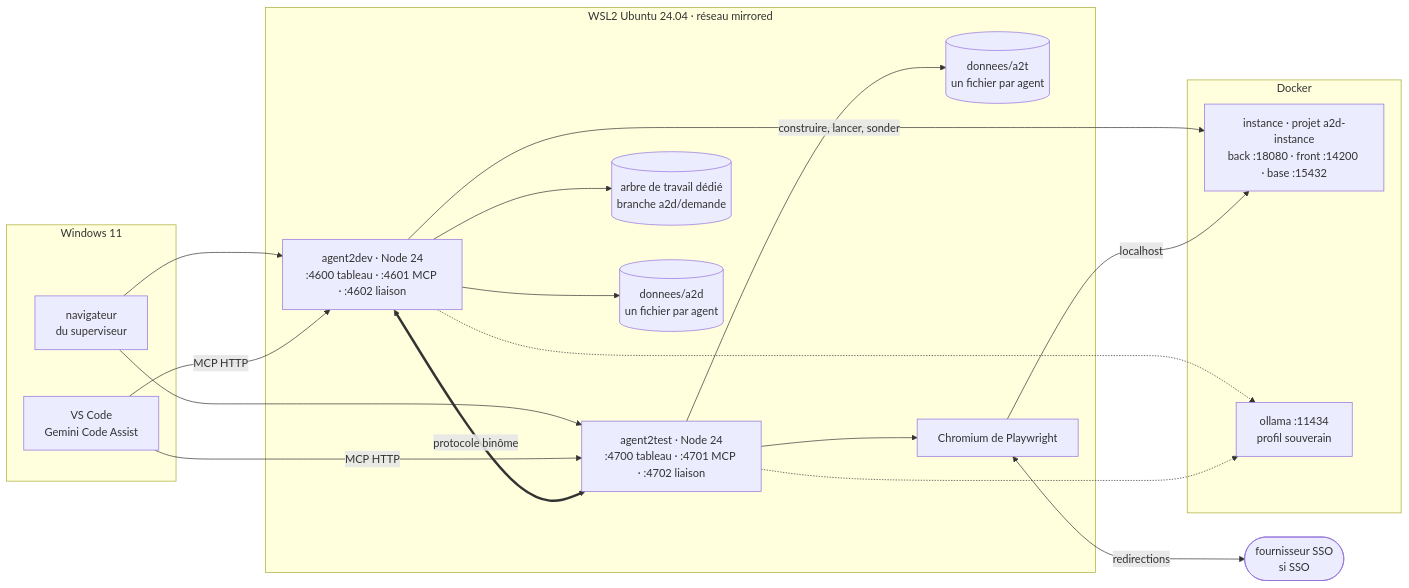
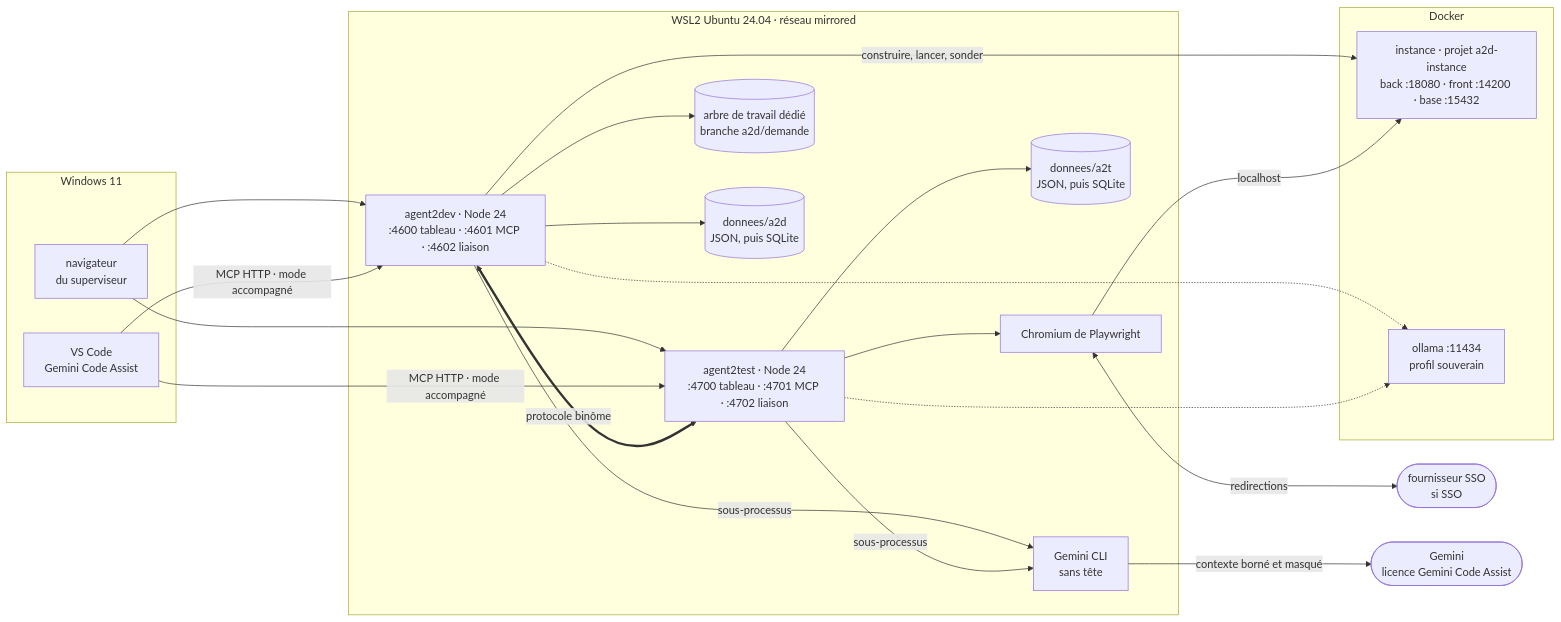
The sixth of 6 diagrams in 01-architectureBinome.md (FredGarcia/Agent2Dev), drawn with Mermaid before and after one commit. The commit also changed other lines of this file and 4 other files, not shown here.

````diff
--- a/01-architectureBinome.md
+++ b/01-architectureBinome.md
@@ -741,34 +744,39 @@
 ```mermaid
 flowchart LR
   IDP(["fournisseur SSO<br/>si SSO"])
+  GCP(["Gemini<br/>licence Gemini Code Assist"])
   subgraph WIN["Windows 11"]
     VSC["VS Code<br/>Gemini Code Assist"]
     NAV["navigateur<br/>du superviseur"]
   end
   subgraph WSL["WSL2 Ubuntu 24.04 · réseau mirrored"]
     A2D["agent2dev · Node 24<br/>:4600 tableau · :4601 MCP · :4602 liaison"]
     A2T["agent2test · Node 24<br/>:4700 tableau · :4701 MCP · :4702 liaison"]
+    CLI["Gemini CLI<br/>sans tête"]
     WT[("arbre de travail dédié<br/>branche a2d/demande")]
-    DDEV[("donnees/a2d<br/>un fichier par agent")]
-    DTST[("donnees/a2t<br/>un fichier par agent")]
+    DDEV[("donnees/a2d<br/>JSON, puis SQLite")]
+    DTST[("donnees/a2t<br/>JSON, puis SQLite")]
     CHR["Chromium de Playwright"]
   end
   subgraph DOCK["Docker"]
     INST["instance · projet a2d-instance<br/>back :18080 · front :14200 · base :15432"]
     OLL["ollama :11434<br/>profil souverain"]
   end
   NAV --> A2D
   NAV --> A2T
-  VSC -->|"MCP HTTP"| A2D
-  VSC -->|"MCP HTTP"| A2T
+  VSC -->|"MCP HTTP · mode accompagné"| A2D
+  VSC -->|"MCP HTTP · mode accompagné"| A2T
   A2D <==>|"protocole binôme"| A2T
+  A2D -->|"sous-processus"| CLI
+  A2T -->|"sous-processus"| CLI
+  CLI -->|"contexte borné et masqué"| GCP
   A2D --> WT
   A2D --> DDEV
   A2T --> DTST
   A2D -->|"construire, lancer, sonder"| INST
   A2T --> CHR
   CHR -->|"localhost"| INST
   CHR <-->|"redirections"| IDP
   A2D -.-> OLL
   A2T -.-> OLL
 ```
````
